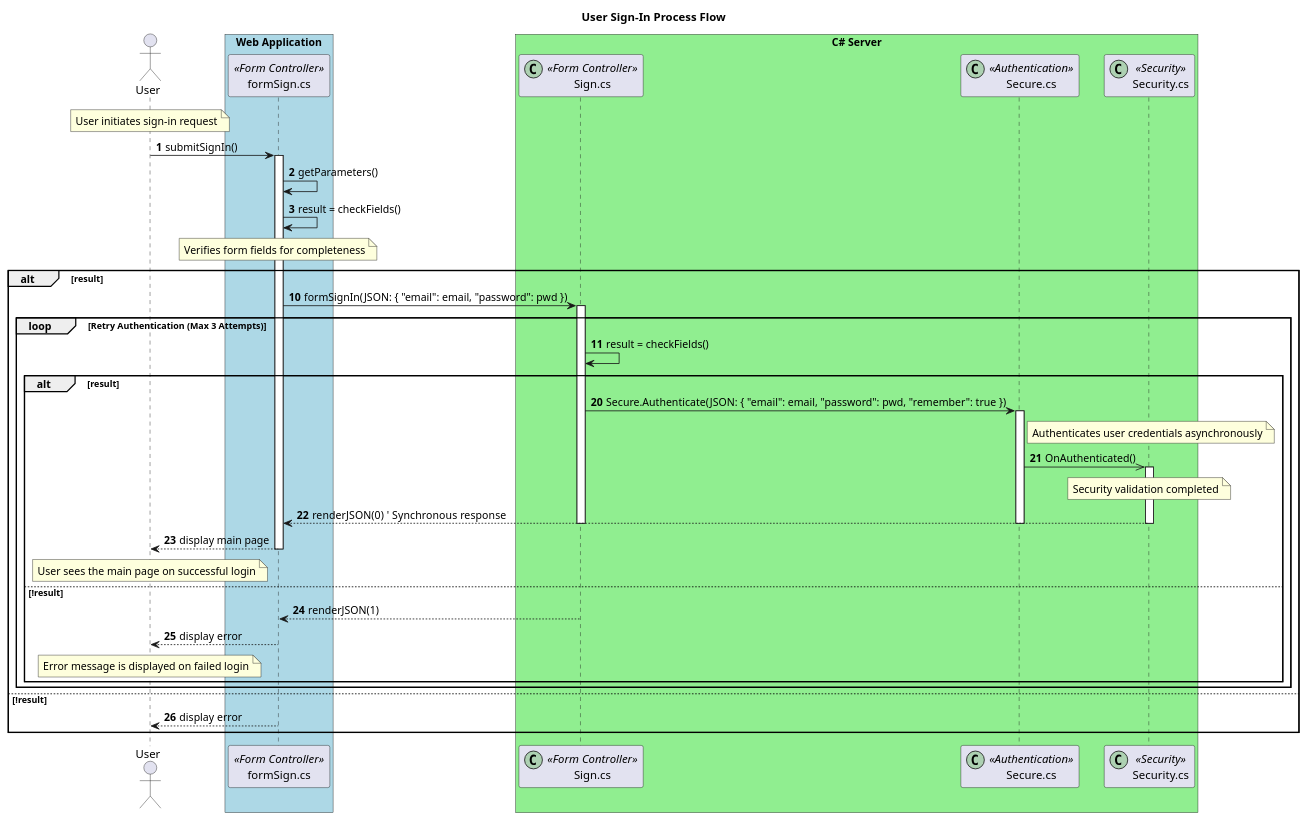
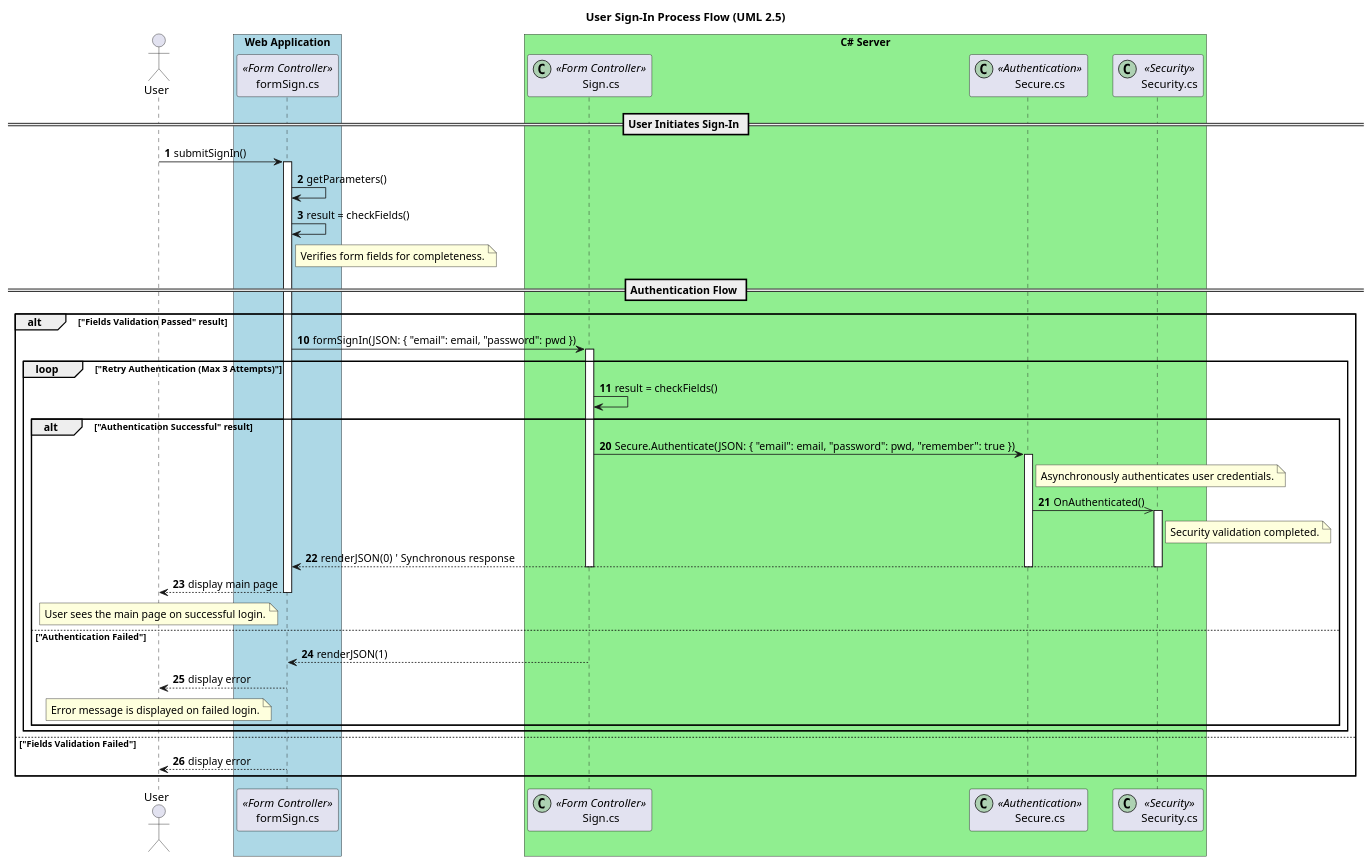
One commit to andikatjacobdennis/UML changed the diagram in plantuml sign_in_flow.puml. Above: the diagram before and after it, drawn with PlantUML.

Commit message:
Update plantuml sign_in_flow.puml

```diff
--- a/plantuml sign_in_flow.puml
+++ b/plantuml sign_in_flow.puml
@@ -1,83 +1,92 @@
 @startuml
 
-title User Sign-In Process Flow
+title User Sign-In Process Flow (UML 2.5)
 
 actor User as user
 participant "formSign.cs" as form <<Form Controller>>
 participant "Sign.cs" as controller <<(C,#ADD1B2) Form Controller>>
 participant "Secure.cs" as secure <<(C,#ADD1B2) Authentication>>
 participant "Security.cs" as security <<(C,#ADD1B2) Security>>
 
 autonumber 1
 
 box "Web Application" #LightBlue
     participant form
 end box
 
 box "C# Server" #LightGreen
     participant controller
     participant secure
     participant security
 end box
 
-note over user: User initiates sign-in request
+== User Initiates Sign-In ==
 
 user -> form : submitSignIn()
 activate form
 form -> form : getParameters()
 form -> form : result = checkFields()
 
-note over form: Verifies form fields for completeness
+note right of form
+    Verifies form fields for completeness.
+end note
 
-' Start a new page after initial steps
-'newpage
+' New page or section for main authentication flow
+== Authentication Flow ==
 
 autonumber 10
 
-alt result
+alt "Fields Validation Passed" result
 
     form -> controller : formSignIn(JSON: { "email": email, "password": pwd })
     activate controller
     
-    ' Loop block for retrying failed authentication
-    loop Retry Authentication (Max 3 Attempts)
+    loop "Retry Authentication (Max 3 Attempts)"
         controller -> controller : result = checkFields()
         
         autonumber 20
         
-        alt result
+        alt "Authentication Successful" result
             controller -> secure : Secure.Authenticate(JSON: { "email": email, "password": pwd, "remember": true })
             activate secure
             
-            note right of secure: Authenticates user credentials asynchronously
+            note right of secure
+                Asynchronously authenticates user credentials.
+            end note
             
             secure ->> security : OnAuthenticated()
             activate security
             
-            note over security: Security validation completed
+            note right of security
+                Security validation completed.
+            end note
             
             security --> form : renderJSON(0)  ' Synchronous response
             deactivate security
             deactivate secure
             deactivate controller
             form --> user : display main page
             deactivate form
             
-            note over user: User sees the main page on successful login
+            note over user
+                User sees the main page on successful login.
+            end note
             
-        else !result
+        else "Authentication Failed"
             controller --> form : renderJSON(1)
             deactivate controller
             form --> user : display error
             
-            note over user: Error message is displayed on failed login
+            note over user
+                Error message is displayed on failed login.
+            end note
             
         end
     end
     
-else !result
+else "Fields Validation Failed"
     form --> user : display error
     deactivate form
 end
 
 @enduml
```
